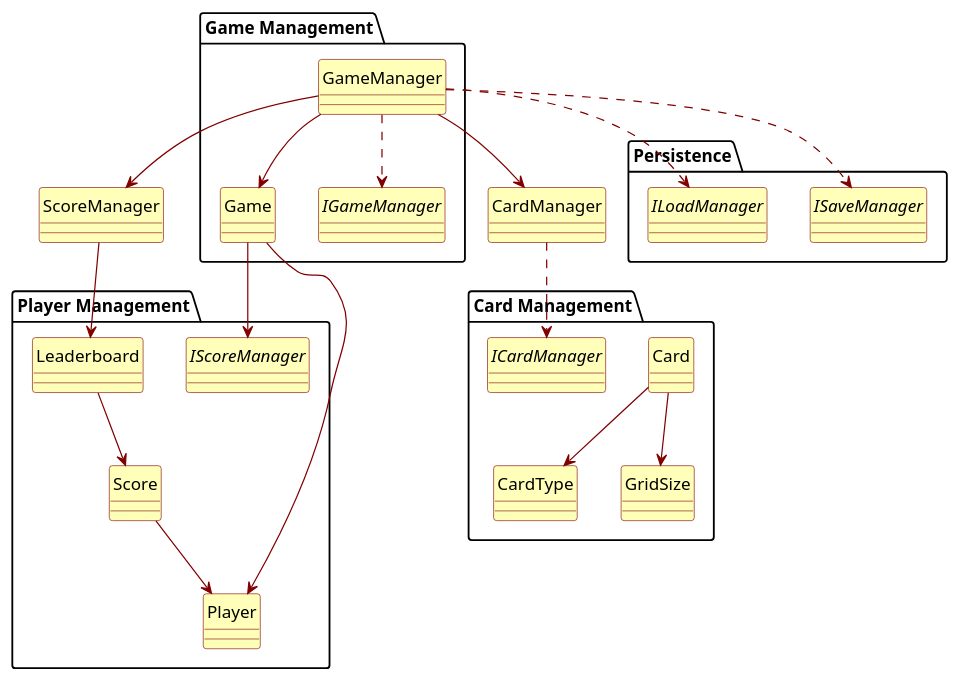
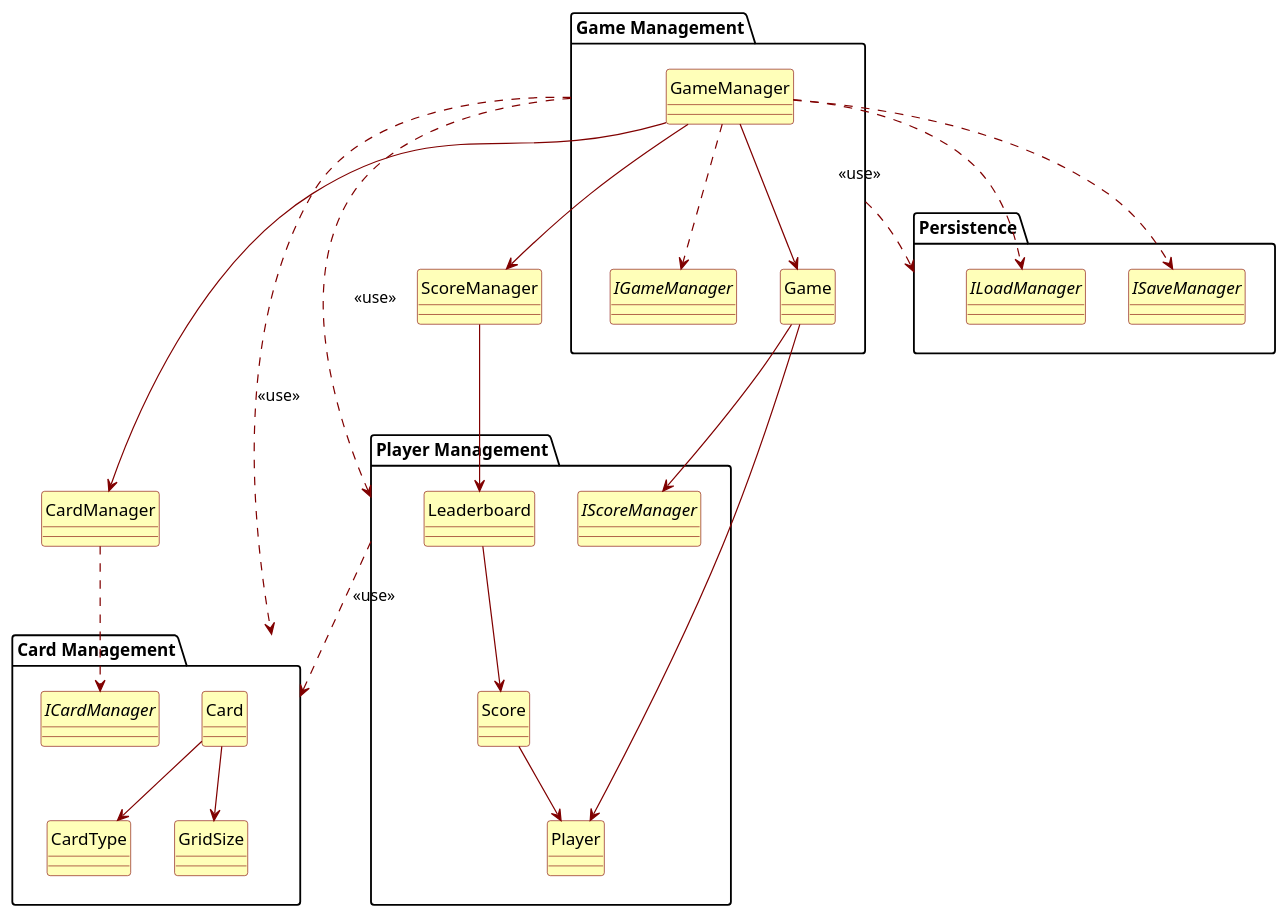
Before and after one commit to PosiTr0n505/Game-Memory: the diagram in src/Docs/Diagrammes/paquetage.md, drawn with PlantUML.

Commit message:
Mise à jour de 'src/Docs/Diagrammes/paquetage.md'

````diff
--- a/src/Docs/Diagrammes/paquetage.md
+++ b/src/Docs/Diagrammes/paquetage.md
@@ -1,57 +1,62 @@
-``` plantuml
 @startuml
 hide circle
 allowmixing
 skinparam classAttributeIconSize 0
 skinparam classBackgroundColor #ffffb9
 skinparam classBorderColor #800000
 skinparam classArrowColor #800000
 skinparam classFontColor black
 skinparam classFontName Tahoma
 
+' Déclaration des paquets
 package "Game Management" {
     class GameManager
     class Game
     interface IGameManager
 }
 
 package "Player Management" {
     class Player
     class Score
     class Leaderboard
     interface IScoreManager
 }
 
 package "Card Management" {
     class Card
     enum CardType
     enum GridSize
     interface ICardManager
 }
 
 package "Persistence" {
     interface ISaveManager
     interface ILoadManager
 }
 
-
+' Dépendances internes aux classes
 GameManager --> Game
 GameManager ..> IGameManager
 GameManager --> CardManager
 GameManager --> ScoreManager
 GameManager ..> ISaveManager
 GameManager ..> ILoadManager
 
 Game --> Player
 Game --> IScoreManager
 
 ScoreManager --> Leaderboard
 Leaderboard --> Score
 Score --> Player
 
 CardManager ..> ICardManager
 Card --> GridSize
 Card --> CardType
 
+' Dépendances entre paquetages
+"Game Management" ..> "Player Management" : <<use>>
+"Game Management" ..> "Card Management" : <<use>>
+"Game Management" ..> "Persistence" : <<use>>
+"Player Management" ..> "Card Management" : <<use>>
+
 @enduml
-```
````
